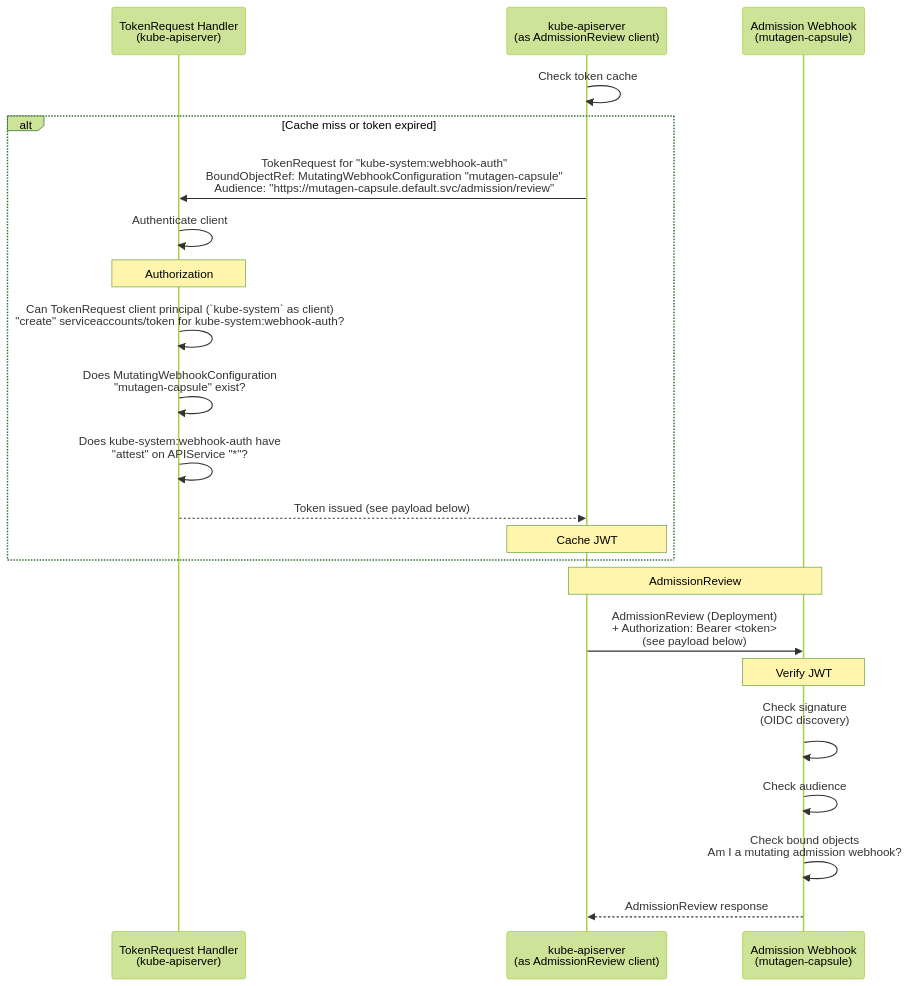
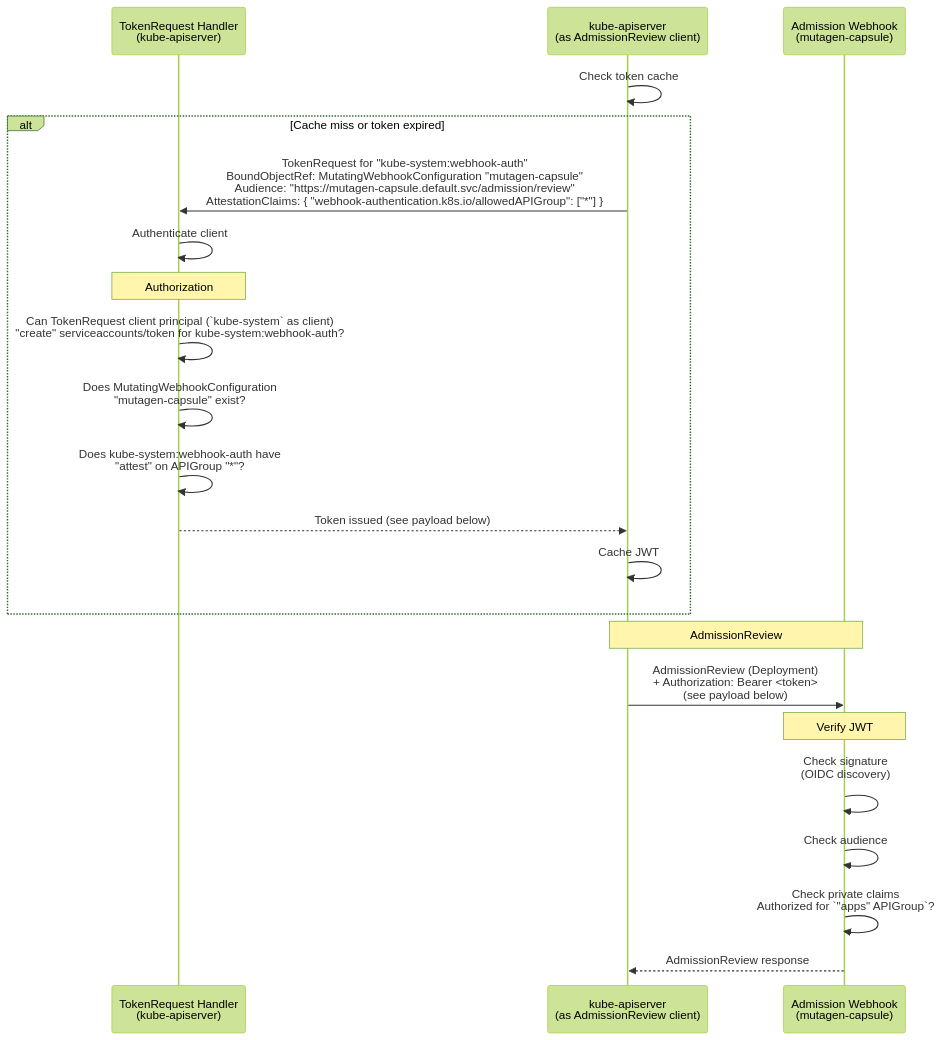
One commit to kubernetes/enhancements changed the first of 3 diagrams in keps/sig-auth/6060-api-server-authentication-to-webhooks/README.md. Above: the diagram before and after it, drawn with Mermaid (forest theme). The commit also changed other lines of this file and 1 other file, not shown here.

````diff
--- a/keps/sig-auth/6060-api-server-authentication-to-webhooks/README.md
+++ b/keps/sig-auth/6060-api-server-authentication-to-webhooks/README.md
@@ -276,31 +351,31 @@
 ```mermaid
 sequenceDiagram
     participant TokenReq as TokenRequest Handler<br/>(kube-apiserver)
     participant KAS as kube-apiserver<br/>(as AdmissionReview client)
     participant Webhook as Admission Webhook<br/>(mutagen-capsule)
 
     KAS->>KAS: Check token cache
     alt Cache miss or token expired
-        KAS->>TokenReq: TokenRequest for "kube-system:webhook-auth"<br/>BoundObjectRef: MutatingWebhookConfiguration "mutagen-capsule"<br/>Audience: "https://mutagen-capsule.default.svc/admission/review"
+        KAS->>TokenReq: TokenRequest for "kube-system:webhook-auth"<br/>BoundObjectRef: MutatingWebhookConfiguration "mutagen-capsule"<br/>Audience: "https://mutagen-capsule.default.svc/admission/review"<br/>AttestationClaims: { "webhook-authentication.k8s.io/allowedAPIGroup": ["*"] }
 
         TokenReq->>TokenReq: Authenticate client
         Note over TokenReq: Authorization
 
         TokenReq->>TokenReq: Can TokenRequest client  principal (`kube-system` as client)<br/>"create" serviceaccounts/token for kube-system:webhook-auth?
         TokenReq->>TokenReq: Does MutatingWebhookConfiguration<br/>"mutagen-capsule" exist?
-        TokenReq->>TokenReq: Does kube-system:webhook-auth have<br/>"attest" on APIService "*"?
+        TokenReq->>TokenReq: Does kube-system:webhook-auth have<br/>"attest" on APIGroup "*"?
 
         TokenReq-->>KAS: Token issued (see payload below)
-        Note over KAS: Cache JWT
+        KAS->>KAS: Cache JWT
     end
 
     Note over KAS,Webhook: AdmissionReview
     KAS->>Webhook: AdmissionReview (Deployment)<br/>+ Authorization: Bearer <token><br/>(see payload below)
 
     Note over Webhook: Verify JWT
     Webhook->>Webhook: Check signature<br/>(OIDC discovery)<br/>
     Webhook->>Webhook: Check audience
-    Webhook->>Webhook: Check bound objects<br/>Am I a mutating admission webhook?
+    Webhook->>Webhook: Check private claims<br/>Authorized for `"apps" APIGroup`?
 
     Webhook-->>KAS: AdmissionReview response
 ```
````
